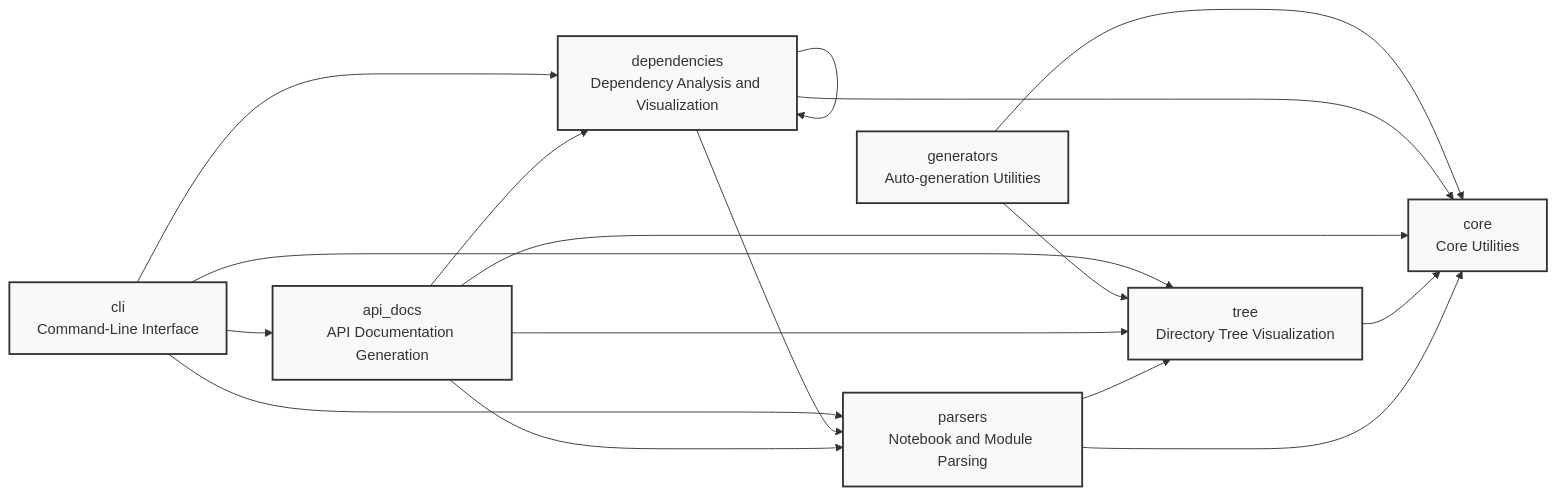
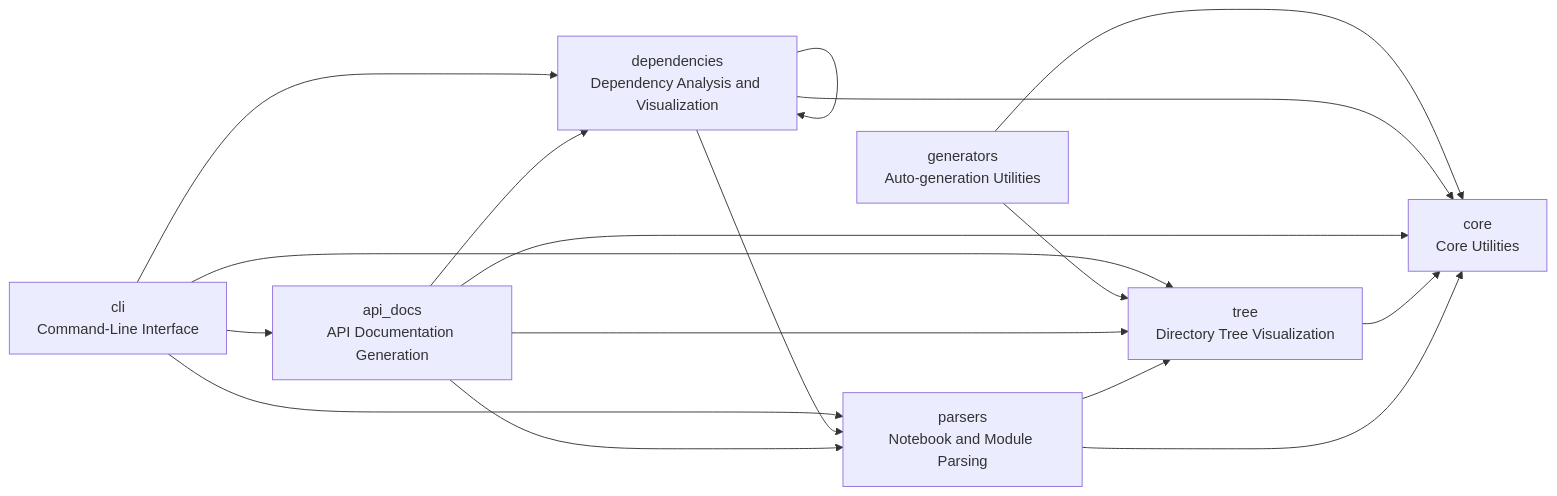
The diagram in README.md (cj-mills/cjm-nbdev-overview), drawn with Mermaid before and after one commit. The commit also changed 5 other files, not shown here.

Commit message:
Remove Mermaid diagram styling.

````diff
--- a/README.md
+++ b/README.md
@@ -44,29 +44,27 @@
 ``` mermaid
 graph LR
     core[core<br/>Core Utilities]
     parsers[parsers<br/>Notebook and Module Parsing]
     tree[tree<br/>Directory Tree Visualization]
     api_docs[api_docs<br/>API Documentation Generation]
     dependencies[dependencies<br/>Dependency Analysis and Visualization]
     generators[generators<br/>Auto-generation Utilities]
     cli[cli<br/>Command-Line Interface]
 
     parsers --> tree
     parsers --> core
     tree --> core
-    api_docs --> tree
     api_docs --> parsers
     api_docs --> dependencies
+    api_docs --> tree
     api_docs --> core
+    dependencies --> dependencies
     dependencies --> parsers
-    dependencies --> dependencies
     dependencies --> core
     generators --> tree
     generators --> core
-    cli --> api_docs
-    cli --> tree
     cli --> dependencies
     cli --> parsers
-
-    classDef default fill:#f9f9f9,stroke:#333,stroke-width:2px
+    cli --> tree
+    cli --> api_docs
 ```
````
